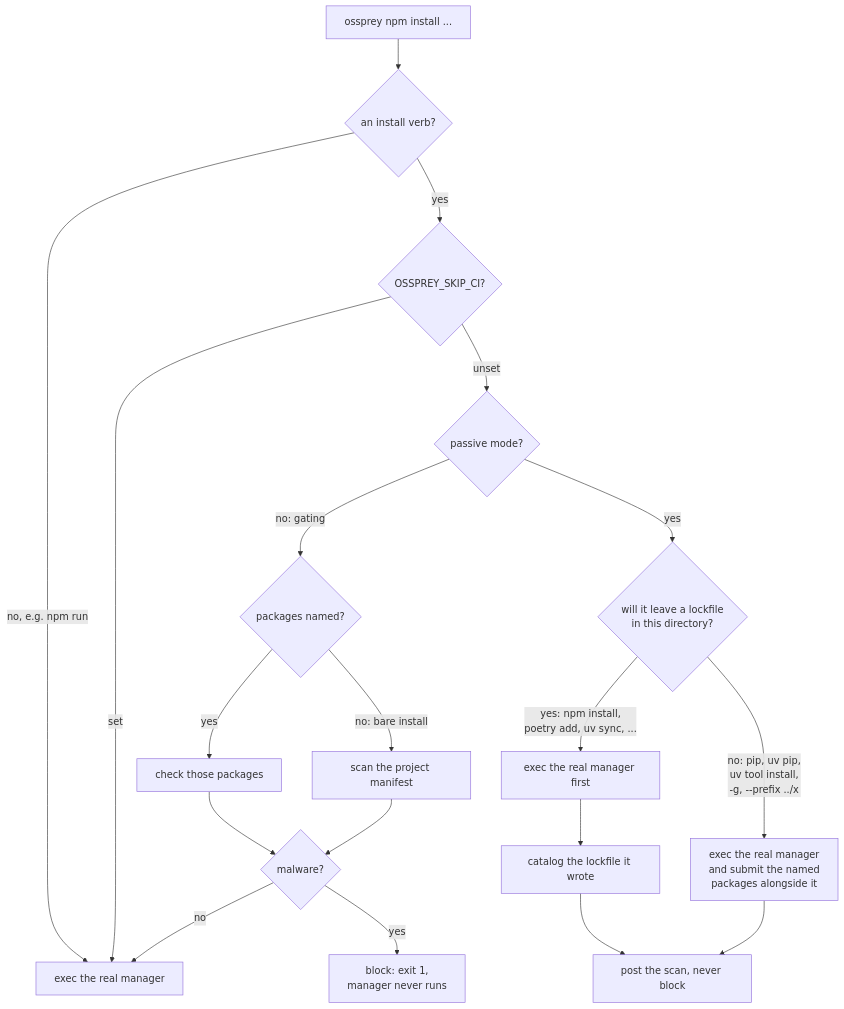
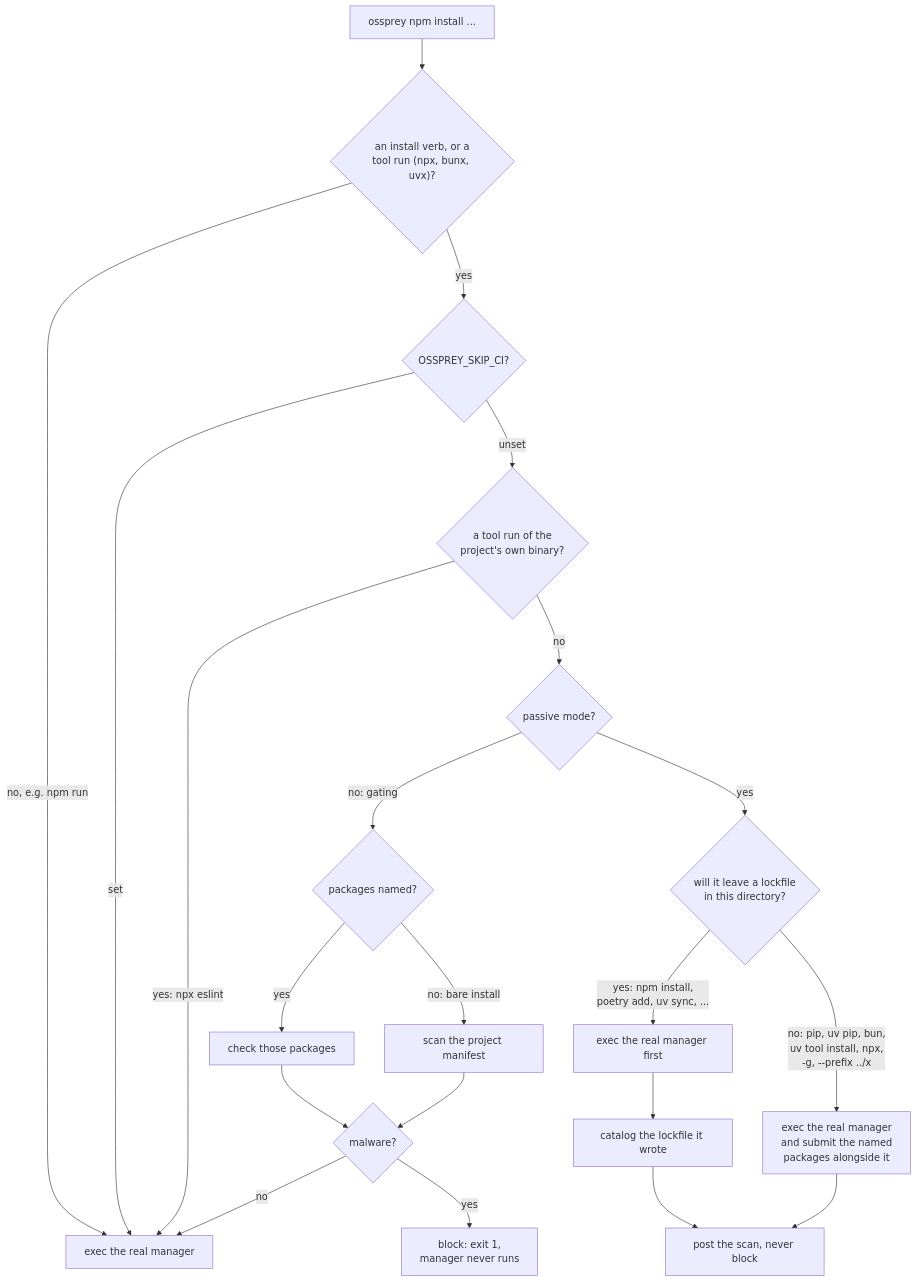
Before and after one commit to ossprey/ossprey-cli: the second of 3 diagrams in docs/architecture.md, drawn with Mermaid. The commit also changed other lines of this file and 13 other files, not shown here.

First line of the commit message:
forward: check npx, npm exec, bun and bunx

````diff
--- a/docs/architecture.md
+++ b/docs/architecture.md
@@ -48,23 +48,25 @@
 ```mermaid
 flowchart TD
-    S["ossprey npm install ..."] --> T{"an install verb?"}
+    S["ossprey npm install ..."] --> T{"an install verb, or a<br/>tool run (npx, bunx, uvx)?"}
     T -- "no, e.g. npm run" --> U["exec the real manager"]
     T -- "yes" --> V{"OSSPREY_SKIP_CI?"}
     V -- "set" --> U
-    V -- "unset" --> W{"passive mode?"}
+    V -- "unset" --> L{"a tool run of the<br/>project's own binary?"}
+    L -- "yes: npx eslint" --> U
+    L -- "no" --> W{"passive mode?"}
 
     W -- "no: gating" --> X{"packages named?"}
     X -- "yes" --> Y["check those packages"]
     X -- "no: bare install" --> Z["scan the project manifest"]
     Y --> AA{"malware?"}
     Z --> AA
     AA -- "yes" --> AB["block: exit 1,<br/>manager never runs"]
     AA -- "no" --> U
 
     W -- "yes" --> AC{"will it leave a lockfile<br/>in this directory?"}
     AC -- "yes: npm install,<br/>poetry add, uv sync, ..." --> AD["exec the real manager first"]
     AD --> AE["catalog the lockfile it wrote"]
     AE --> AF["post the scan, never block"]
-    AC -- "no: pip, uv pip,<br/>uv tool install,<br/>-g, --prefix ../x" --> AG["exec the real manager<br/>and submit the named<br/>packages alongside it"]
+    AC -- "no: pip, uv pip, bun,<br/>uv tool install, npx,<br/>-g, --prefix ../x" --> AG["exec the real manager<br/>and submit the named<br/>packages alongside it"]
     AG --> AF
 ```
````
